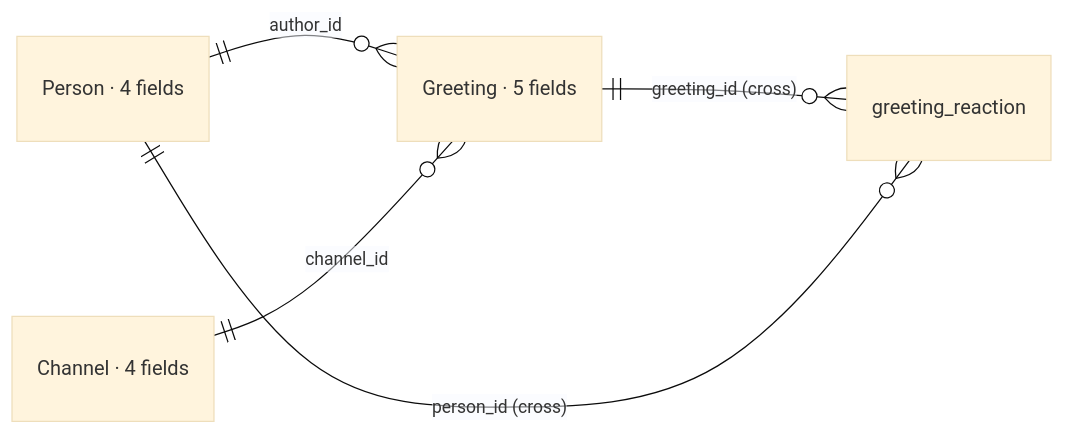
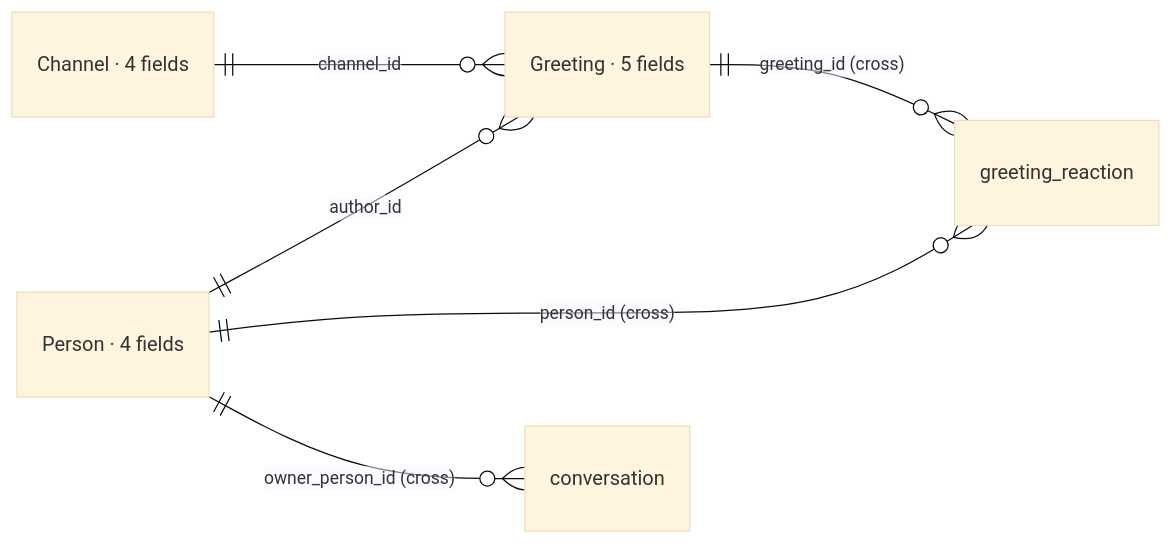
One commit to einmalik1/helloworld changed the diagram in openspec/data-model/generated/categories/core.mmd. Above: the diagram before and after it, drawn with Mermaid (base theme). The commit also changed 100 other files, not shown here.

```diff
--- a/openspec/data-model/generated/categories/core.mmd
+++ b/openspec/data-model/generated/categories/core.mmd
@@ -1,12 +1,13 @@
 %% Category: Core (3 tables)
 %% Generated by spark/generators — do not edit by hand.
 %% Source: openspec/data-model/schema.sql (DDL SoT); categories from spark/repo-profile.yaml
 erDiagram
   direction LR
   person["Person · 4 fields"]
   channel["Channel · 4 fields"]
   greeting["Greeting · 5 fields"]
   person ||--o{ greeting : "author_id"
   channel ||--o{ greeting : "channel_id"
   greeting ||--o{ greeting_reaction : "greeting_id (cross)"
   person ||--o{ greeting_reaction : "person_id (cross)"
+  person ||--o{ conversation : "owner_person_id (cross)"
```
